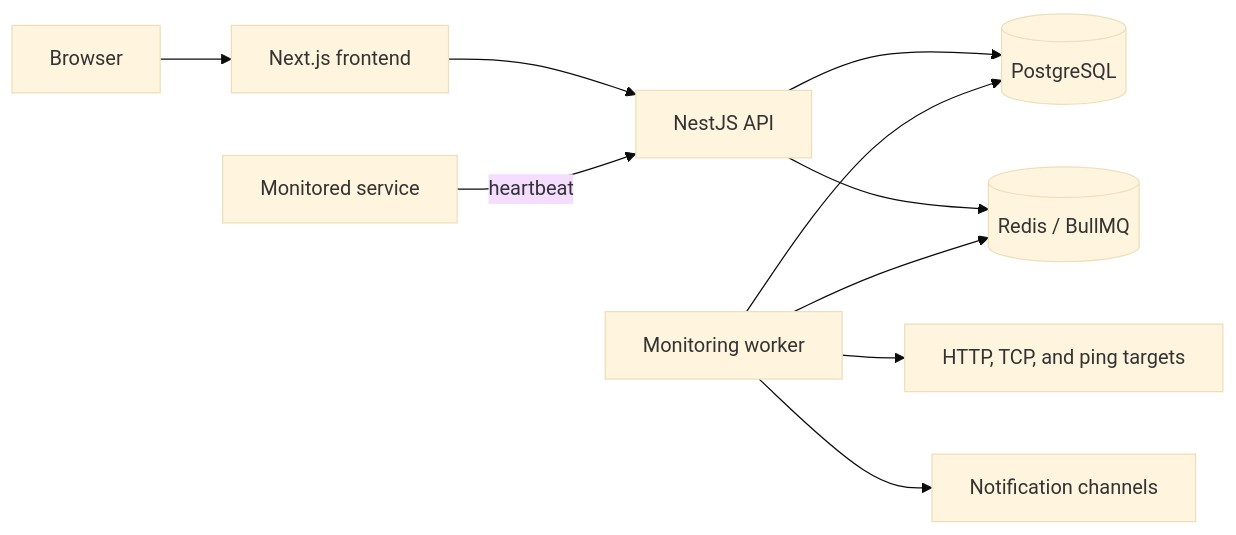
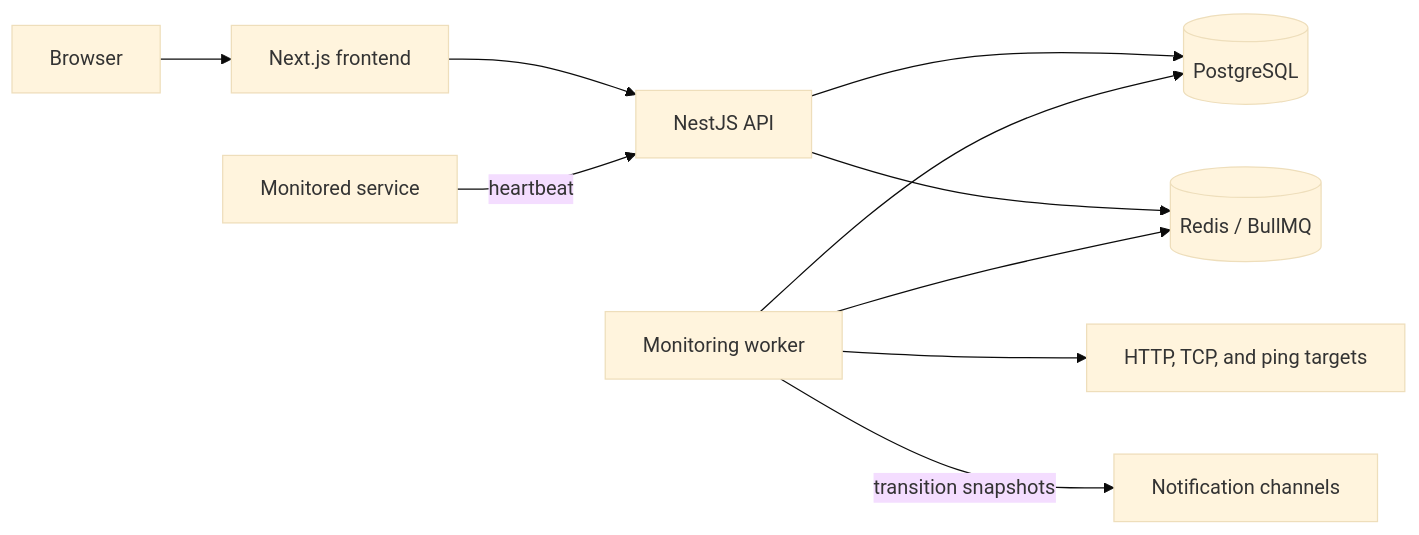
The diagram in docs/ARCHITECTURE.md (SystemVitals/systemvitals), drawn with Mermaid (base theme) before and after one commit. The commit also changed other lines of this file and 54 other files, not shown here.

````diff
--- a/docs/ARCHITECTURE.md
+++ b/docs/ARCHITECTURE.md
@@ -5,12 +5,12 @@
 ```mermaid
 flowchart LR
     Browser[Browser] --> Frontend[Next.js frontend]
     Frontend --> API[NestJS API]
     Service[Monitored service] -->|heartbeat| API
     API --> Postgres[(PostgreSQL)]
     API --> Redis[(Redis / BullMQ)]
     Worker[Monitoring worker] --> Postgres
     Worker --> Redis
     Worker --> Targets[HTTP, TCP, and ping targets]
-    Worker --> Channels[Notification channels]
+    Worker -->|transition snapshots| Channels[Notification channels]
 ```
````
